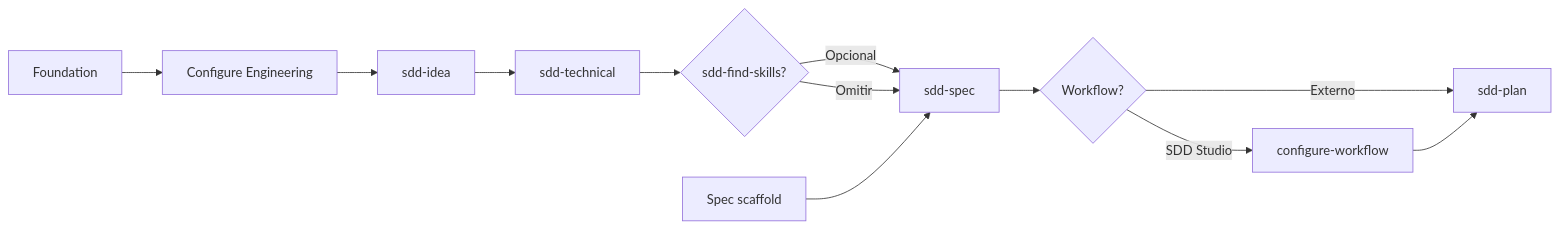
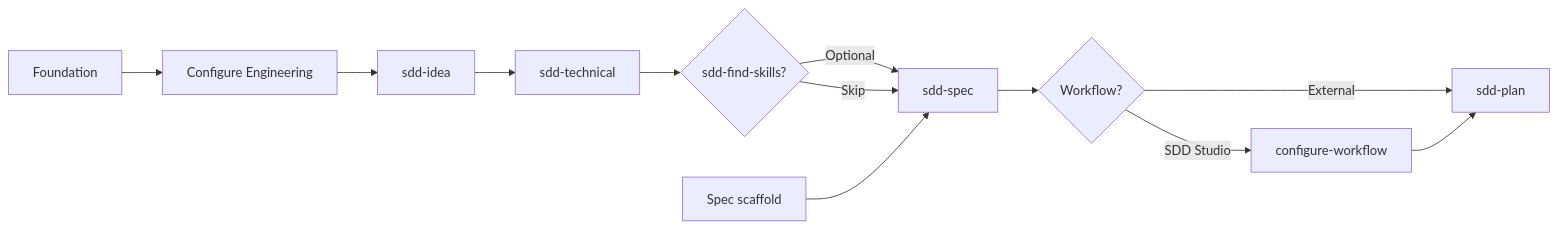
Before and after one commit to JaredAzcarate/sdd-studio: the diagram in docs/FLOW-GREENFIELD.md, drawn with Mermaid. The commit also changed other lines of this file and 9 other files, not shown here.

````diff
--- a/docs/FLOW-GREENFIELD.md
+++ b/docs/FLOW-GREENFIELD.md
@@ -205,14 +205,14 @@
 ```mermaid
 flowchart LR
   INIT[Foundation] --> CFG[Configure Engineering]
   CFG --> IDEA[sdd-idea]
   IDEA --> TECH[sdd-technical]
   TECH --> FIND{sdd-find-skills?}
-  FIND -->|Opcional| SPEC[sdd-spec]
-  FIND -->|Omitir| SPEC
+  FIND -->|Optional| SPEC[sdd-spec]
+  FIND -->|Skip| SPEC
   SCAFFOLD[Spec scaffold] --> SPEC
   SPEC --> WF{Workflow?}
   WF -->|SDD Studio| CW[configure-workflow]
-  WF -->|Externo| PLAN[sdd-plan]
+  WF -->|External| PLAN[sdd-plan]
   CW --> PLAN
 ```
````
